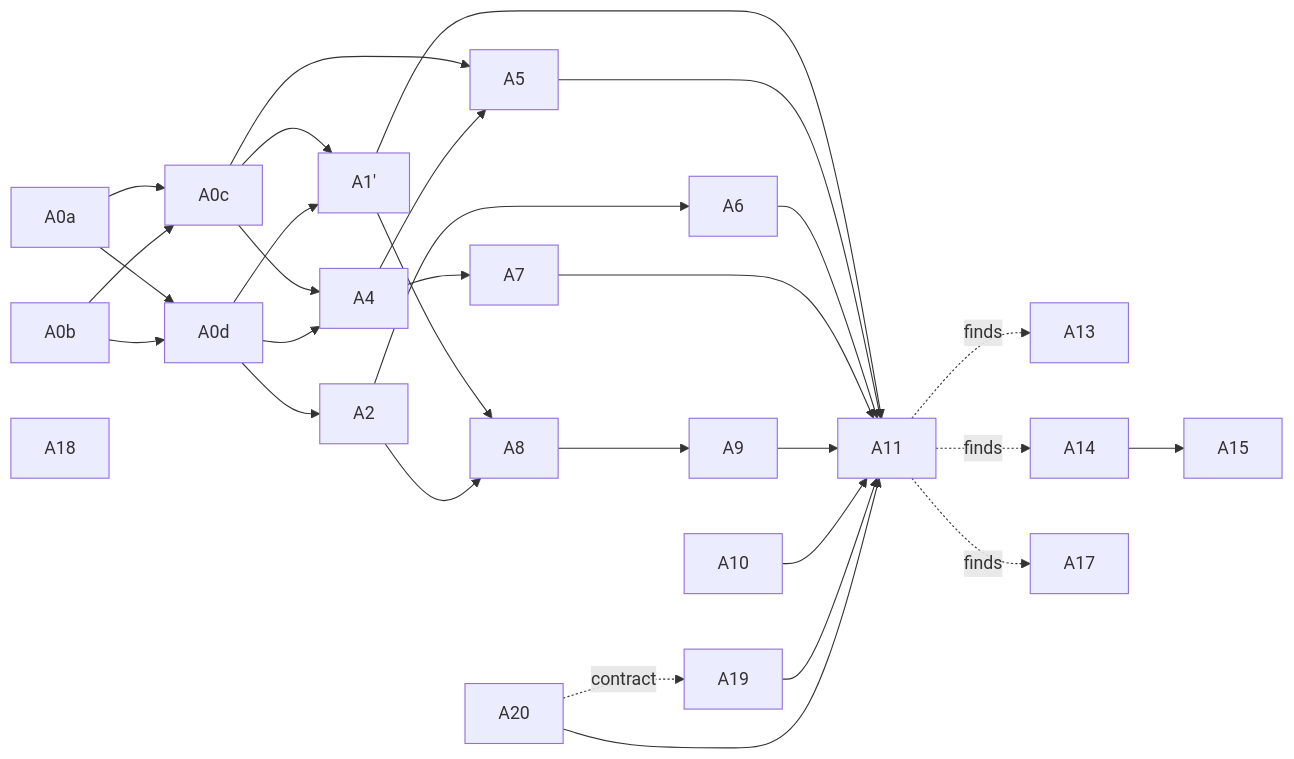
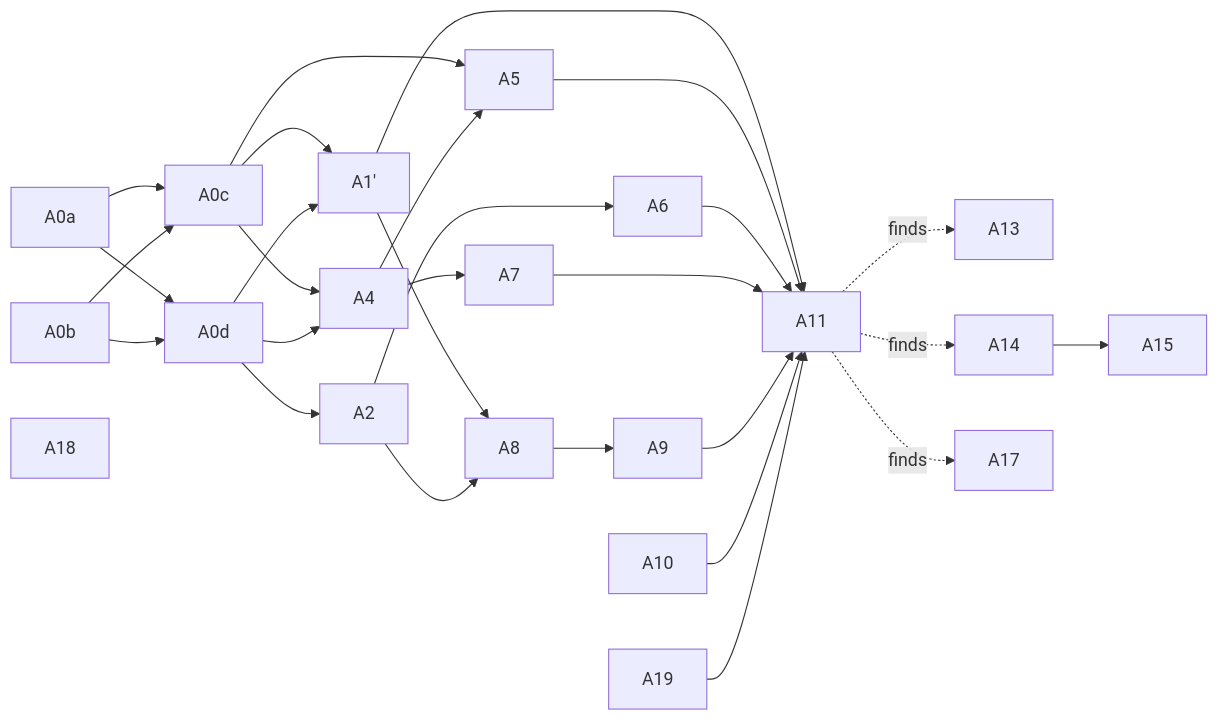
Before and after one commit to Rainnystone/larkent: the diagram in docs/specs/automations/tickets/README.md, drawn with Mermaid. The commit also changed other lines of this file and 4 other files, not shown here.

````diff
--- a/docs/specs/automations/tickets/README.md
+++ b/docs/specs/automations/tickets/README.md
@@ -49,28 +48,27 @@
 ```mermaid
 graph LR
   A0a --> A0c
   A0b --> A0c
   A0a --> A0d
   A0b --> A0d
   A0c --> A1p["A1'"]
   A0d --> A1p
   A0d --> A2
   A0c --> A4
   A0d --> A4
   A0c --> A5
   A4 --> A5
   A2 --> A6
   A4 --> A7
   A1p --> A8
   A2 --> A8
   A8 --> A9
   A10
   A1p & A5 & A6 & A7 & A9 & A10 --> A11
   A11 -.finds.-> A13
   A11 -.finds.-> A14
   A14 --> A15
   A11 -.finds.-> A17
   A18
-  A20 -.contract.-> A19
-  A19 & A20 --> A11
+  A19 --> A11
 ```
````
